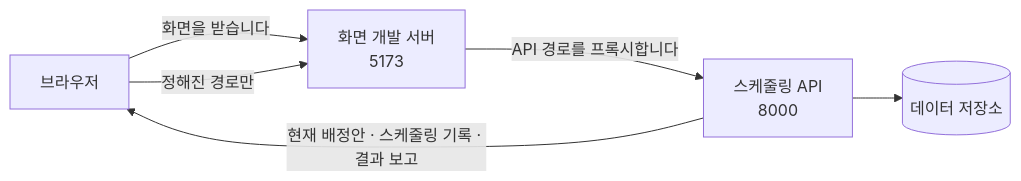
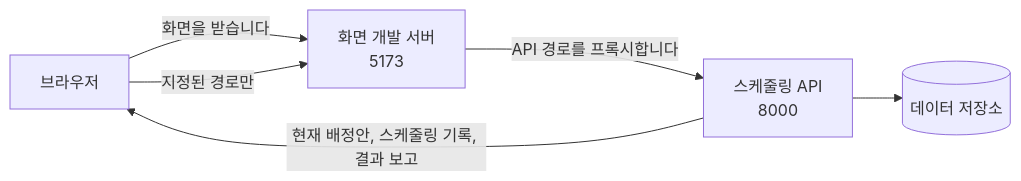
The diagram in .cluedoc/screens/screens.md (minkong-dev/Banblit), drawn with Mermaid before and after one commit. The commit also changed other lines of this file and 21 other files, not shown here.

````diff
--- a/.cluedoc/screens/screens.md
+++ b/.cluedoc/screens/screens.md
@@ -60,8 +60,8 @@
 ```mermaid
 flowchart LR
     B[브라우저] -->|화면을 받습니다| W[화면 개발 서버<br/>5173]
-    B -->|정해진 경로만| W
+    B -->|지정된 경로만| W
     W -->|API 경로를 프록시합니다| A[스케줄링 API<br/>8000]
     A --> D[(데이터 저장소)]
-    A -->|현재 배정안 · 스케줄링 기록 · 결과 보고| B
+    A -->|현재 배정안, 스케줄링 기록, 결과 보고| B
 ```
````
